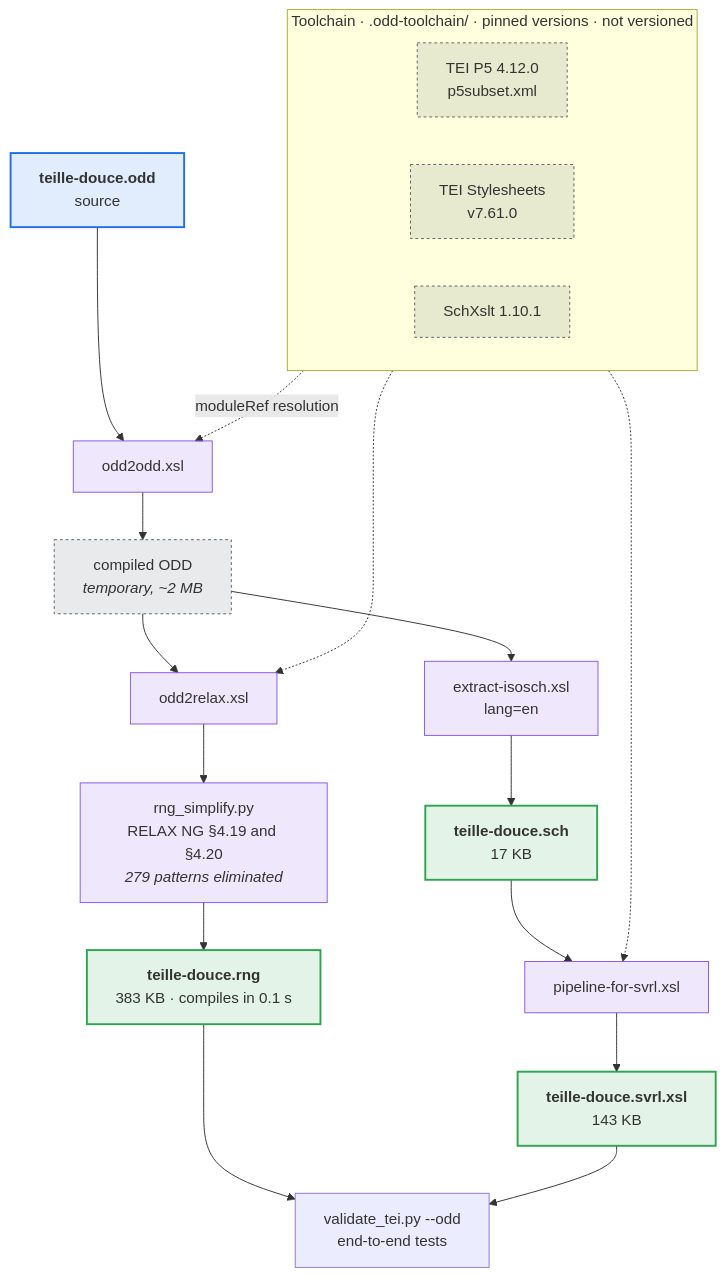
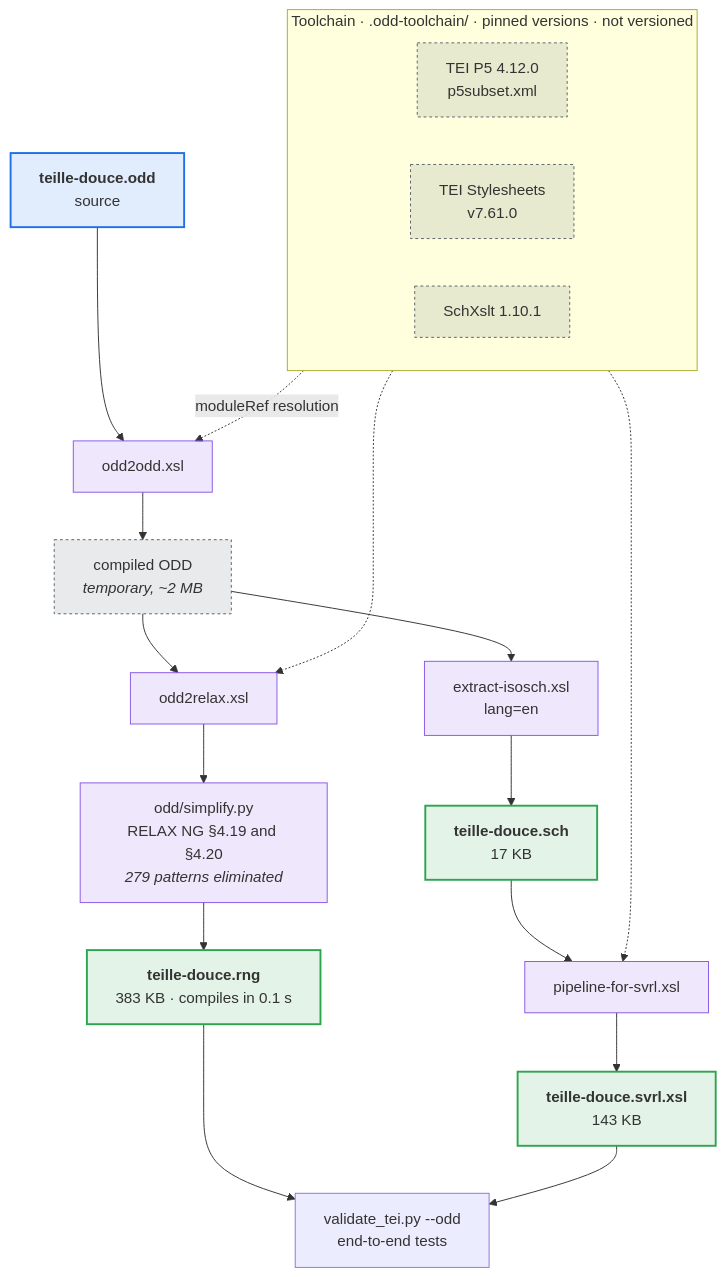
Before and after one commit to Grand-Siecle/TEIlle-douce: the diagram in schema/README.md, drawn with Mermaid. The commit also changed other lines of this file and 13 other files, not shown here.

````diff
--- a/schema/README.md
+++ b/schema/README.md
@@ -54,41 +54,41 @@
 ```mermaid
 flowchart TB
     subgraph outils["Toolchain · .odd-toolchain/ · pinned versions · not versioned"]
         direction LR
         P5["TEI P5 4.12.0<br/>p5subset.xml"]
         STY["TEI Stylesheets<br/>v7.61.0"]
         SCHX["SchXslt 1.10.1"]
     end
 
     ODD["<b>teille-douce.odd</b><br/>source"]
     COMP["compiled ODD<br/><i>temporary, ~2 MB</i>"]
 
     ODD --> A1["odd2odd.xsl"]
     P5 -. "moduleRef resolution" .-> A1
     A1 --> COMP
 
     COMP --> B1["odd2relax.xsl"]
     COMP --> C1["extract-isosch.xsl<br/>lang=en"]
 
-    B1 --> B2["rng_simplify.py<br/>RELAX NG §4.19 and §4.20<br/><i>279 patterns eliminated</i>"]
+    B1 --> B2["odd/simplify.py<br/>RELAX NG §4.19 and §4.20<br/><i>279 patterns eliminated</i>"]
     B2 --> RNG["<b>teille-douce.rng</b><br/>383 KB · compiles in 0.1 s"]
 
     C1 --> SCH["<b>teille-douce.sch</b><br/>17 KB"]
     SCH --> D1["pipeline-for-svrl.xsl"]
     D1 --> SVRL["<b>teille-douce.svrl.xsl</b><br/>143 KB"]
 
     STY -. " " .-> B1
     SCHX -. " " .-> D1
 
     RNG --> USE["validate_tei.py --odd<br/>end-to-end tests"]
     SVRL --> USE
 
     classDef source fill:#1f6feb22,stroke:#1f6feb,stroke-width:2px
     classDef produit fill:#2da44e22,stroke:#2da44e,stroke-width:2px
     classDef etape fill:#8957e522,stroke:#8957e5
     classDef outil fill:#57606a22,stroke:#57606a,stroke-dasharray:3 3
     class ODD source
     class RNG,SCH,SVRL produit
     class A1,B1,B2,C1,D1 etape
     class P5,STY,SCHX,COMP outil
 ```
````
